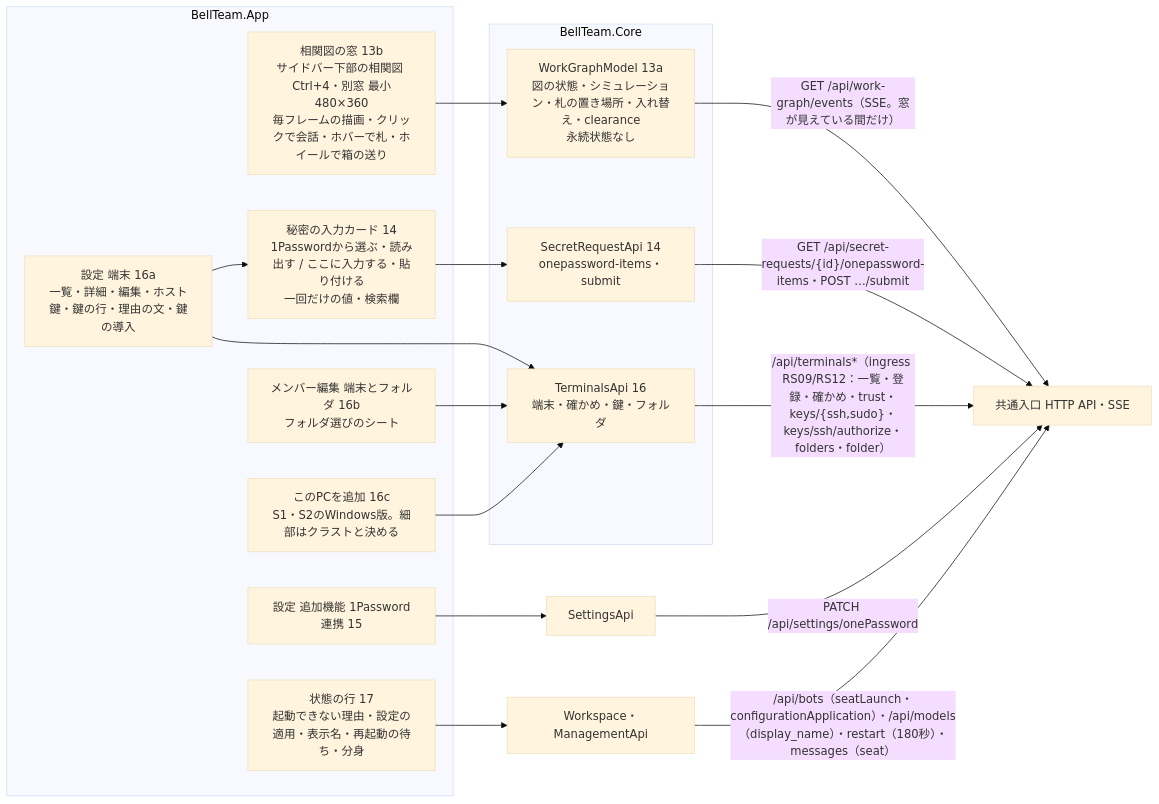
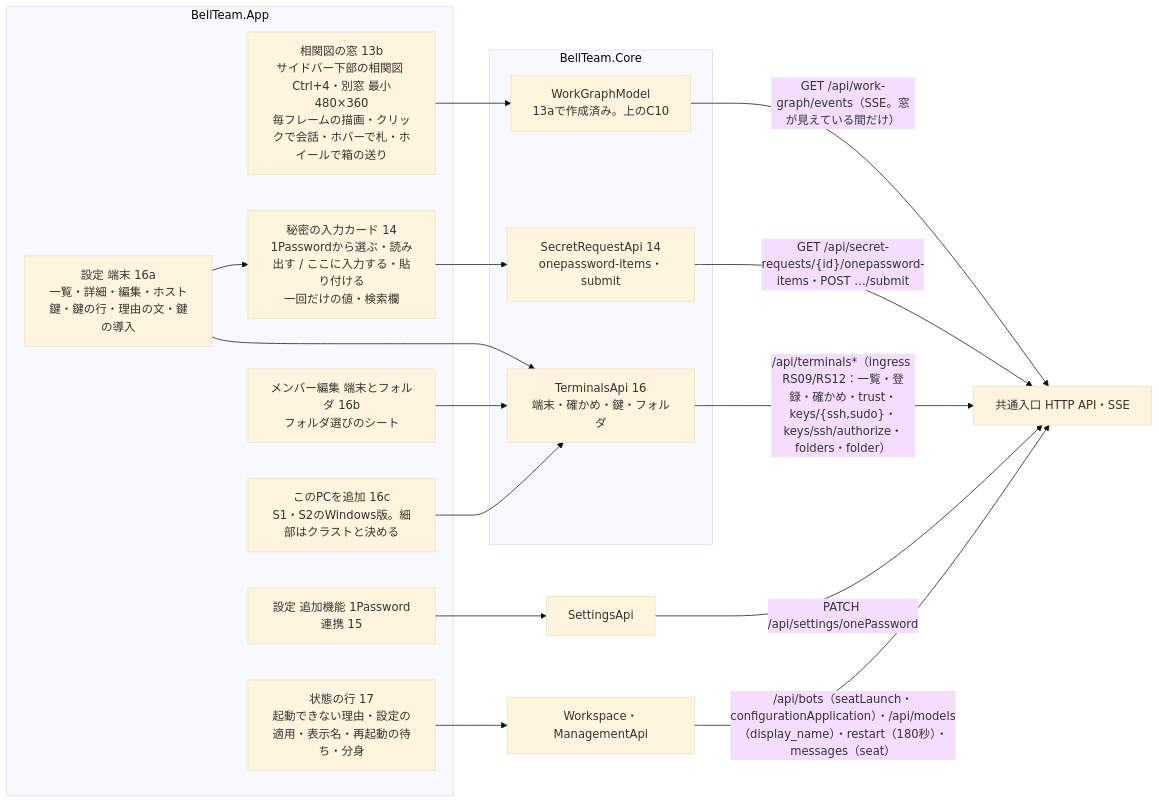
One commit to kitepon/BellTeam changed the fifth of 6 diagrams in docs/windows-architecture.md. Above: the diagram before and after it, drawn with Mermaid (base theme). The commit also changed other lines of this file and 1 other file, not shown here.

Commit message:
docs: Windows work-graph model (13a) in the current diagram and gap list

````diff
--- a/docs/windows-architecture.md
+++ b/docs/windows-architecture.md
@@ -126,30 +128,30 @@
 ```mermaid
 flowchart LR
   subgraph AppNew[BellTeam.App]
     N1[相関図の窓 13b<br/>サイドバー下部の相関図 Ctrl+4・別窓 最小480×360<br/>毎フレームの描画・クリックで会話・ホバーで札・ホイールで箱の送り]
     N2[秘密の入力カード 14<br/>1Passwordから選ぶ・読み出す / ここに入力する・貼り付ける<br/>一回だけの値・検索欄]
     N3[設定 追加機能 1Password連携 15]
     N4[設定 端末 16a<br/>一覧・詳細・編集・ホスト鍵・鍵の行・理由の文・鍵の導入]
     N5[メンバー編集 端末とフォルダ 16b<br/>フォルダ選びのシート]
     N6[このPCを追加 16c<br/>S1・S2のWindows版。細部はクラストと決める]
     N7[状態の行 17<br/>起動できない理由・設定の適用・表示名・再起動の待ち・分身]
   end
   subgraph CoreNew[BellTeam.Core]
-    W1[WorkGraphModel 13a<br/>図の状態・シミュレーション・札の置き場所・入れ替え・clearance<br/>永続状態なし]
+    W1[WorkGraphModel<br/>13aで作成済み。上のC10]
     W2[SecretRequestApi 14<br/>onepassword-items・submit]
     W3[TerminalsApi 16<br/>端末・確かめ・鍵・フォルダ]
   end
   N1 --> W1
   N2 --> W2
   N3 --> C6x[SettingsApi]
   N4 --> W3
   N4 --> N2
   N5 --> W3
   N6 --> W3
   N7 --> C1x[Workspace・ManagementApi]
   W1 -->|"GET /api/work-graph/events（SSE。窓が見えている間だけ）"| APIx[共通入口 HTTP API・SSE]
   W2 -->|"GET /api/secret-requests/{id}/onepassword-items・POST …/submit"| APIx
   W3 -->|"/api/terminals*（ingress RS09/RS12：一覧・登録・確かめ・trust・keys/{ssh,sudo}・keys/ssh/authorize・folders・folder）"| APIx
   C6x -->|"PATCH /api/settings/onePassword"| APIx
   C1x -->|"/api/bots（seatLaunch・configurationApplication）・/api/models（display_name）・restart（180秒）・messages（seat）"| APIx
 ```
````
